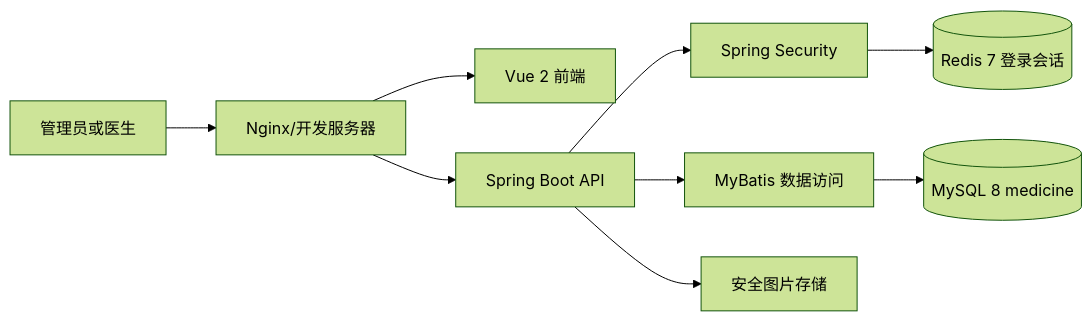
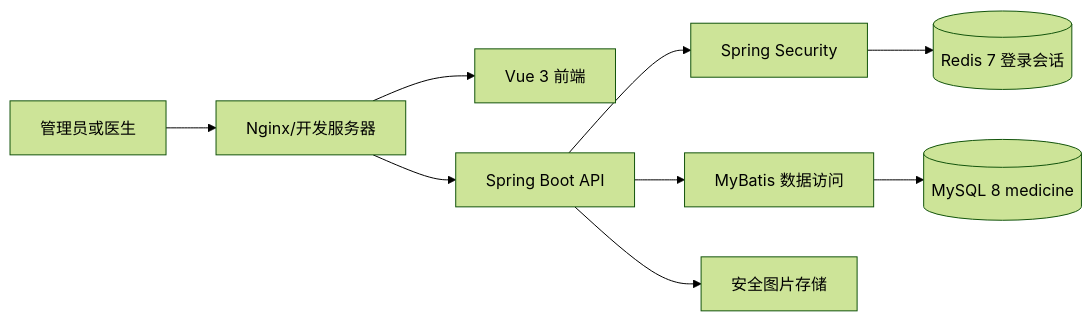
Before and after one commit to anmoryli/shixun-swmu: the first of 3 diagrams in process-docs/开发工程师/02-architecture-and-design.md, drawn with Mermaid (forest theme). The commit also changed other lines of this file, not shown here.

````diff
--- a/process-docs/开发工程师/02-architecture-and-design.md
+++ b/process-docs/开发工程师/02-architecture-and-design.md
@@ -5,11 +5,11 @@
 ```mermaid
 flowchart LR
     U[管理员或医生] --> N[Nginx/开发服务器]
-    N --> V[Vue 2 前端]
+    N --> V[Vue 3 前端]
     N --> B[Spring Boot API]
     B --> S[Spring Security]
     S --> R[(Redis 7 登录会话)]
     B --> M[MyBatis 数据访问]
     M --> D[(MySQL 8 medicine)]
     B --> F[安全图片存储]
 ```
````
